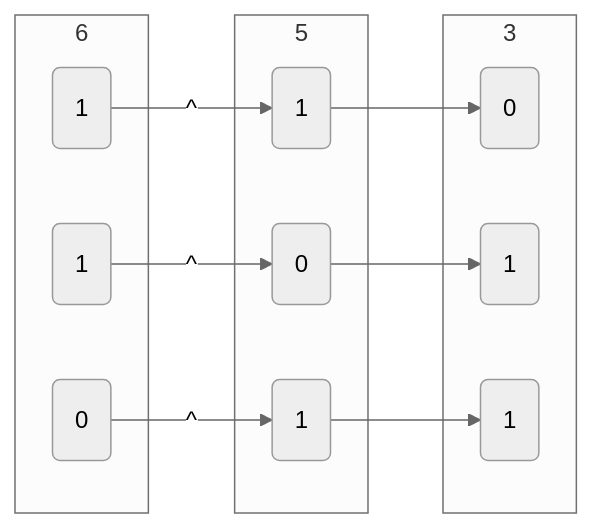
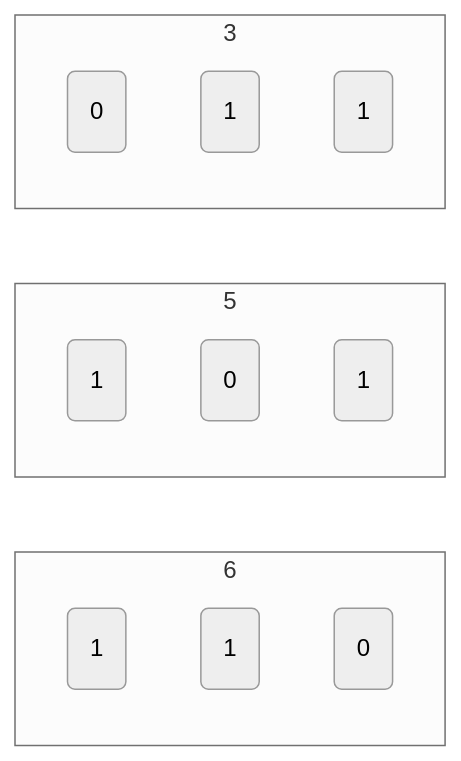
One commit to dmjcb/SelfBlog changed the fifth of 5 diagrams in Language/C&C++/Memory/2021-11-14-位运算.md. Above: the diagram before and after it, drawn with Mermaid (neutral theme). The commit also changed other lines of this file and 224 other files, not shown here.

````diff
--- a/Language/C&C++/Memory/2021-11-14-位运算.md
+++ b/Language/C&C++/Memory/2021-11-14-位运算.md
@@ -213,24 +207,21 @@
 ```mermaid
 graph LR;
     subgraph 3
         c0(0)
         c1(1)
         c2(1)
     end
 
     subgraph 5
         a0(1)
         a1(0)
         a2(1)
     end
 
     subgraph 6
         b0(1)
         b1(1)
         b2(0)
     end
 
-    b0--^-->a0-->c0
-    b1--^-->a1-->c1
-    b2--^-->a2-->c2
 ```
````
